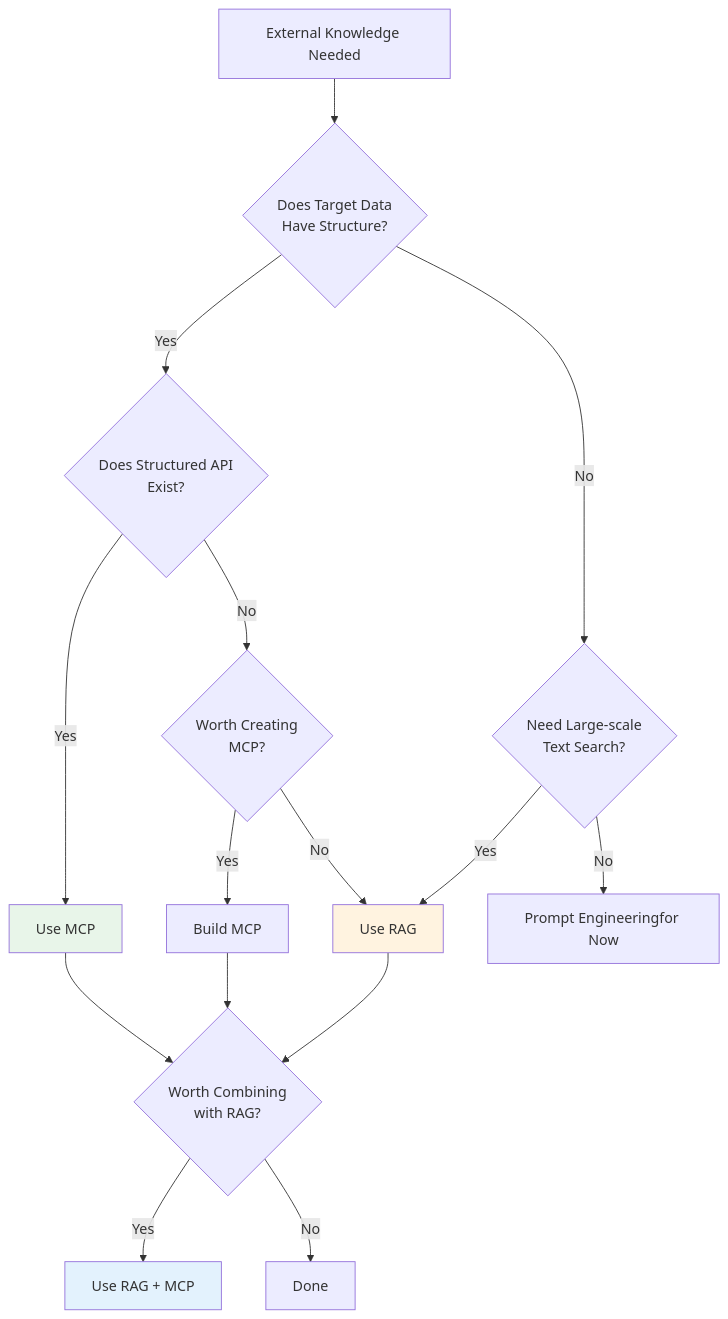
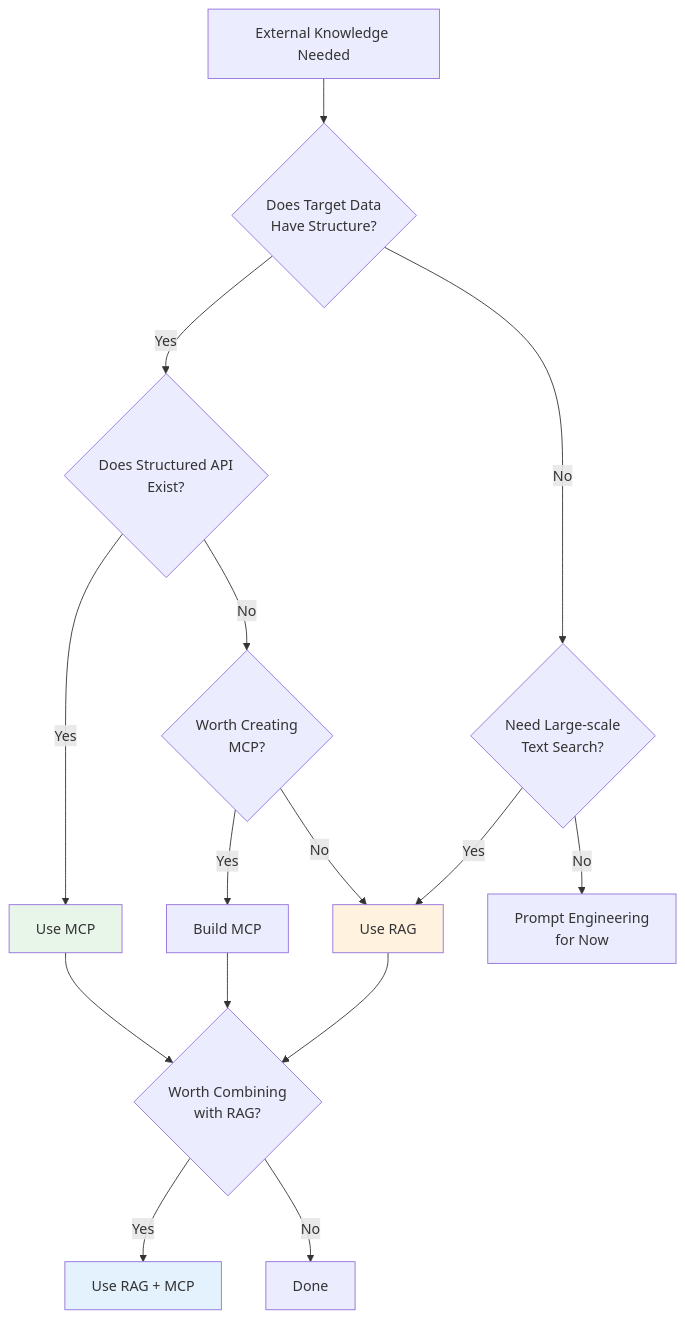
One commit to shuji-bonji/ai-agent-architecture changed diagram 11 of 13 in docs/concepts/04-ai-design-patterns.md. Above: the diagram before and after it, drawn with Mermaid. The commit also changed other lines of this file and 8 other files, not shown here.

````diff
--- a/docs/concepts/04-ai-design-patterns.md
+++ b/docs/concepts/04-ai-design-patterns.md
@@ -624,27 +706,27 @@
 ```mermaid
 flowchart TB
     START[External Knowledge Needed] --> Q1{Does Target Data<br/>Have Structure?}
 
     Q1 -->|Yes| Q2{Does Structured API<br/>Exist?}
     Q1 -->|No| Q3{Need Large-scale<br/>Text Search?}
 
     Q2 -->|Yes| MCP[Use MCP]
     Q2 -->|No| Q4{Worth Creating<br/>MCP?}
 
     Q3 -->|Yes| RAG[Use RAG]
-    Q3 -->|No| PE[Prompt Engineering<bn>for Now]
+    Q3 -->|No| PE[Prompt Engineering<br>for Now]
 
     Q4 -->|Yes| BUILD_MCP[Build MCP]
     Q4 -->|No| RAG
 
     MCP --> COMBINE{Worth Combining<br/>with RAG?}
     RAG --> COMBINE
     BUILD_MCP --> COMBINE
 
     COMBINE -->|Yes| BOTH[Use RAG + MCP]
     COMBINE -->|No| DONE[Done]
 
     style MCP fill:#e8f5e9,color:#333
     style RAG fill:#fff3e0,color:#333
     style BOTH fill:#e3f2fd,color:#333
 ```
````
